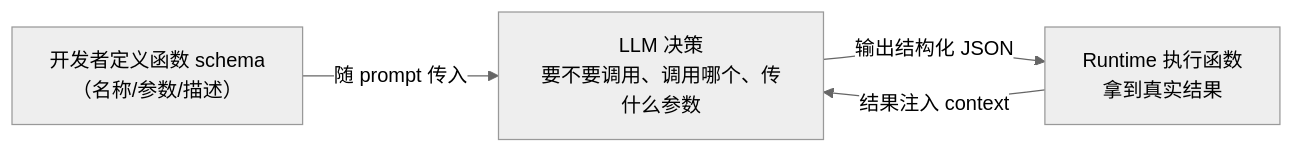
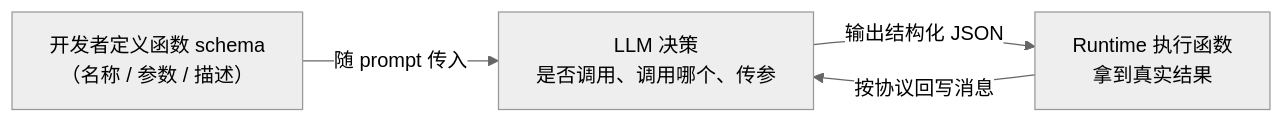
Before and after one commit to wolf-wolf/ai-tell-ai: the diagram in docs/agent/tool/function-calling.md, drawn with Mermaid (neutral theme). The commit also changed other lines of this file and 66 other files, not shown here.

First line of the commit message:
Expand wiki corpus, coverage graph, and Obsidian doc tooling.

````diff
--- a/docs/agent/tool/function-calling.md
+++ b/docs/agent/tool/function-calling.md
@@ -48,6 +55,6 @@
 ```mermaid
 flowchart LR
-    A["开发者定义函数 schema<br>（名称/参数/描述）"] -->|"随 prompt 传入"| B["LLM 决策<br>要不要调用、调用哪个、传什么参数"]
-    B -->|"输出结构化 JSON"| C["Runtime 执行函数<br>拿到真实结果"]
-    C -->|"结果注入 context"| B
+    A["开发者定义函数 schema<br/>（名称 / 参数 / 描述）"] -->|"随 prompt 传入"| B["LLM 决策<br/>是否调用、调用哪个、传参"]
+    B -->|"输出结构化 JSON"| C["Runtime 执行函数<br/>拿到真实结果"]
+    C -->|"按协议回写消息"| B
 ```
````
